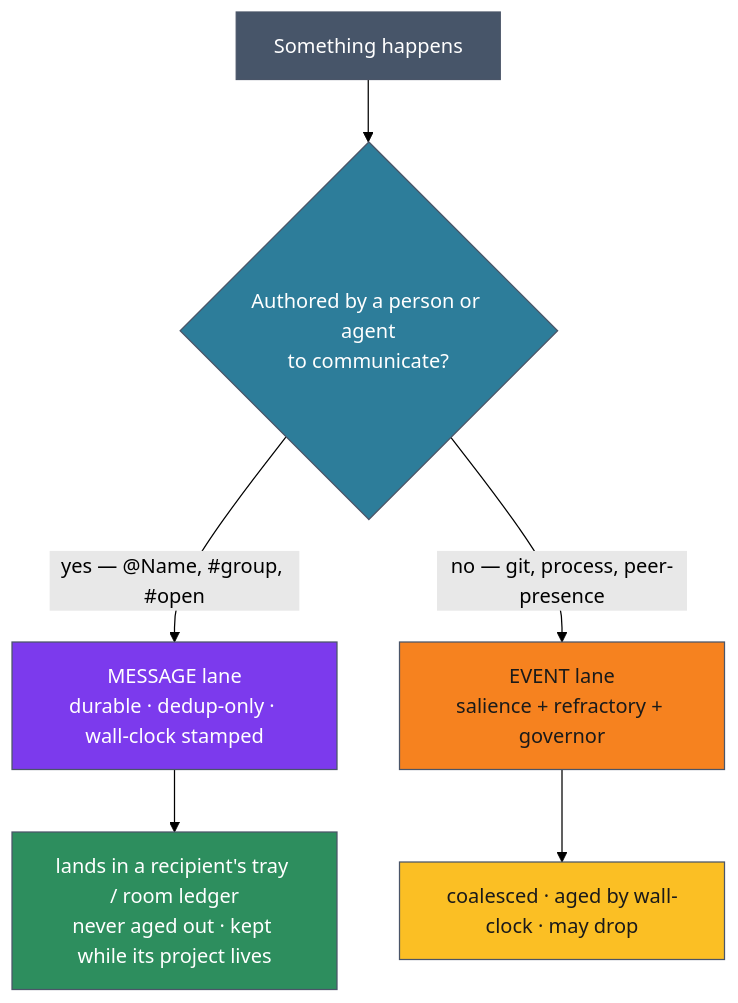
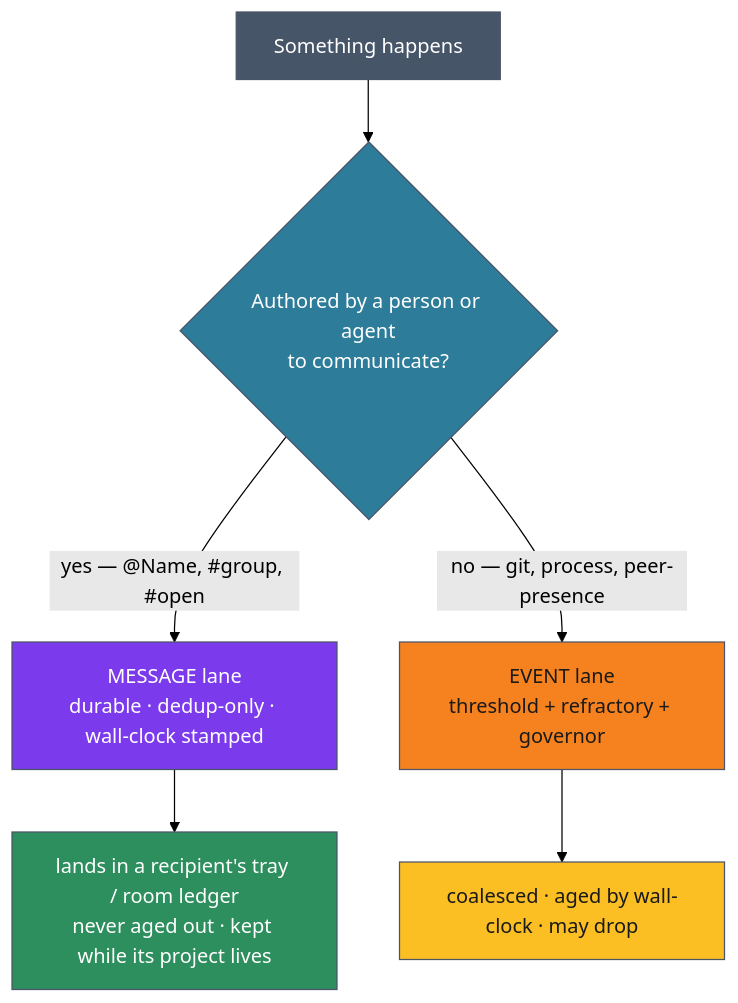
One commit to aaronsb/agent-ways changed the diagram in docs/explanation/attend-messaging/00-overview.md. Above: the diagram before and after it, drawn with Mermaid (forest theme). The commit also changed other lines of this file and 16 other files, not shown here.

````diff
--- a/docs/explanation/attend-messaging/00-overview.md
+++ b/docs/explanation/attend-messaging/00-overview.md
@@ -24,22 +24,22 @@
 ```mermaid
 flowchart TD
     X[Something happens] --> Q{Authored by a person or agent<br/>to communicate?}
     Q -->|"yes — @Name, #group, #open"| M[MESSAGE lane<br/>durable · dedup-only · wall-clock stamped]
-    Q -->|"no — git, process, peer-presence"| E[EVENT lane<br/>salience + refractory + governor]
+    Q -->|"no — git, process, peer-presence"| E[EVENT lane<br/>threshold + refractory + governor]
     M --> MT[lands in a recipient's tray / room ledger<br/>never aged out · kept while its project lives]
     E --> ET[coalesced · aged by wall-clock · may drop]
 
     classDef source fill:#475569,stroke:#4a5568,color:#ffffff
     classDef decision fill:#2d7d9a,stroke:#4a5568,color:#ffffff
     classDef message fill:#7c3aed,stroke:#4a5568,color:#ffffff
     classDef event fill:#f6821f,stroke:#4a5568,color:#1a1a1a
     classDef durable fill:#2d8e5e,stroke:#4a5568,color:#ffffff
     classDef ephemeral fill:#fbbf24,stroke:#4a5568,color:#1a1a1a
 
     class X source
     class Q decision
     class M message
     class MT durable
     class E event
     class ET ephemeral
 ```
````
